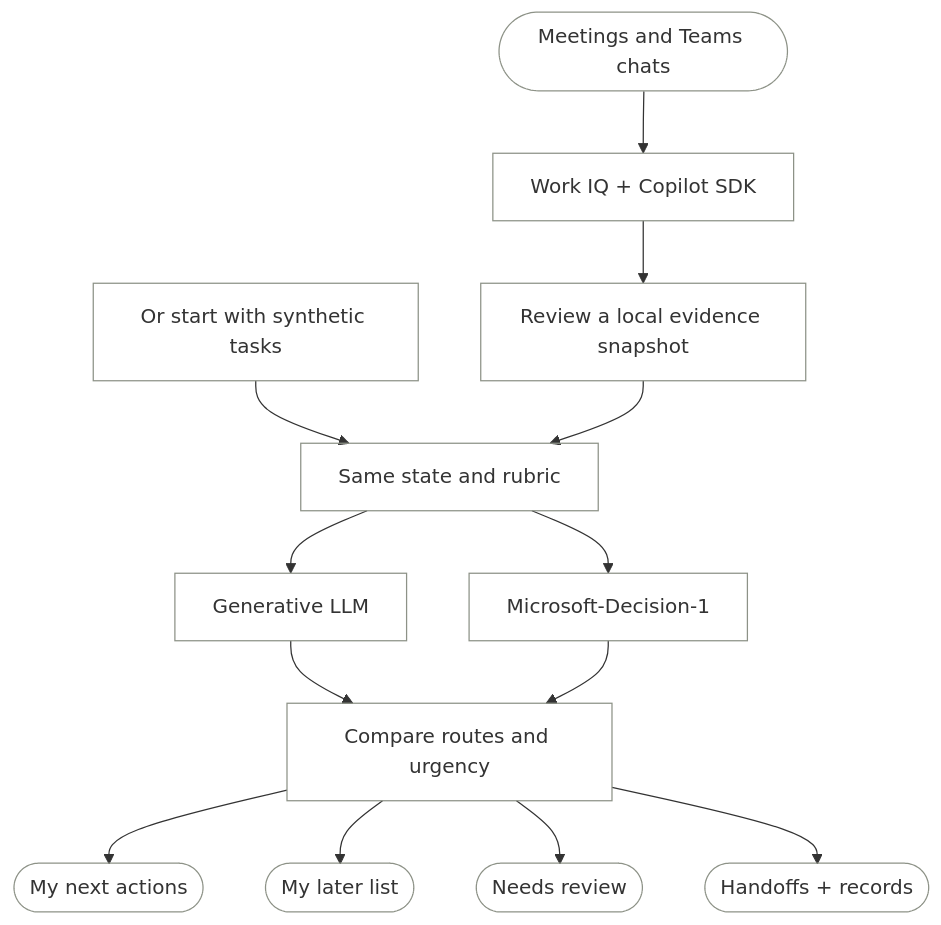
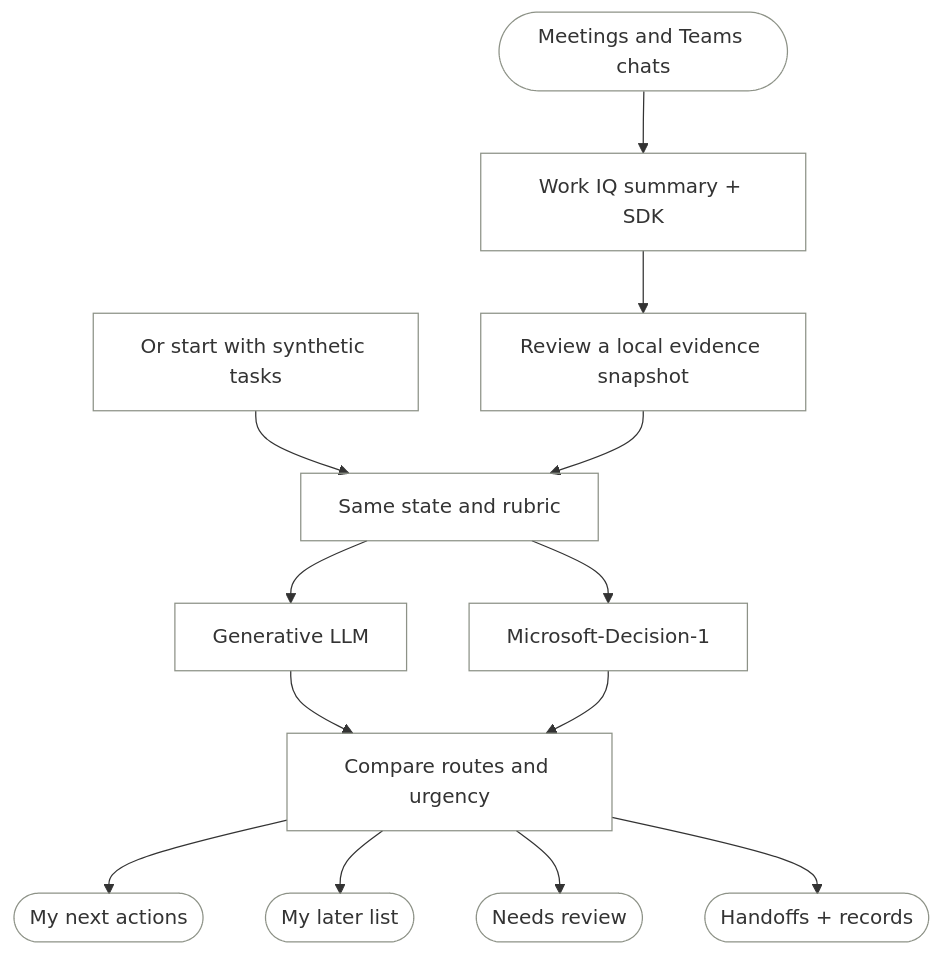
The diagram in src/content/writing/not-every-action-item-is-mine.mdx (ragmha/raghib.io), drawn with Mermaid before and after one commit. The commit also changed other lines of this file and 3 other files, not shown here.

````diff
--- a/src/content/writing/not-every-action-item-is-mine.mdx
+++ b/src/content/writing/not-every-action-item-is-mine.mdx
@@ -65,18 +70,18 @@
 ```mermaid
 flowchart TD
     accTitle: Work IQ to a reviewed to-do list
     accDescr: Work IQ and the Copilot SDK produce a reviewed evidence snapshot. The same snapshot, or synthetic tasks, goes to an LLM and Decision-1. Their proposals are compared before separating personal work, later work, uncertain items, handoffs and recorded decisions.
-    sources(["Meetings and Teams chats"]) --> workiq["Work IQ + Copilot SDK"]
+    sources(["Meetings and Teams chats"]) --> workiq["Work IQ summary + SDK"]
     workiq --> review["Review a local evidence snapshot"]
     sample["Or start with synthetic tasks"] --> compare
     review --> compare["Same state and rubric"]
     compare --> llm["Generative LLM"]
     compare --> d1["Microsoft-Decision-1"]
     llm --> report["Compare routes and urgency"]
     d1 --> report
     report --> mine(["My next actions"])
     report --> later(["My later list"])
     report --> check(["Needs review"])
     report --> elsewhere(["Handoffs + records"])
     classDef default fill:transparent,stroke:#8d9287
 ```
````
